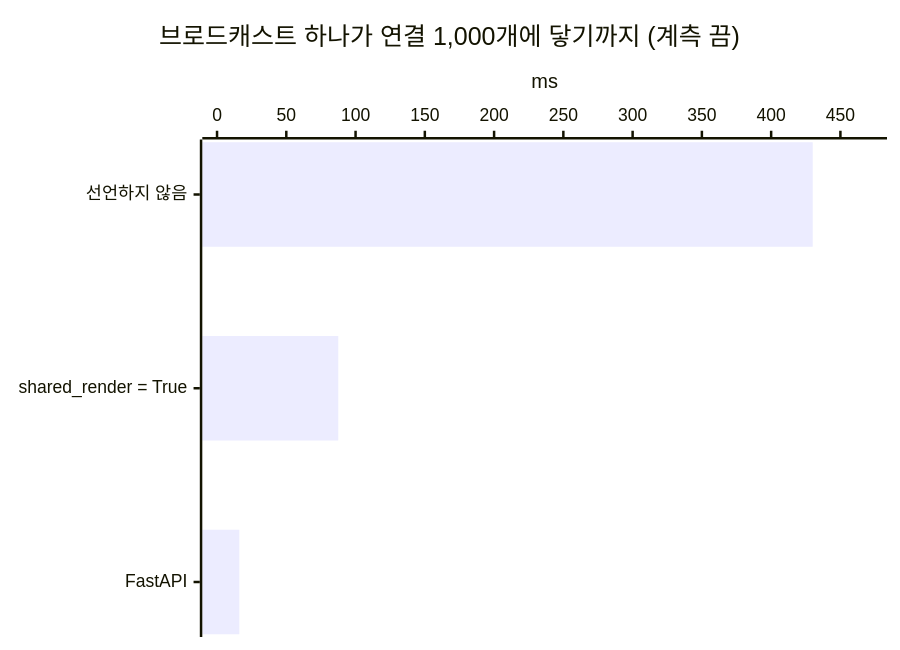
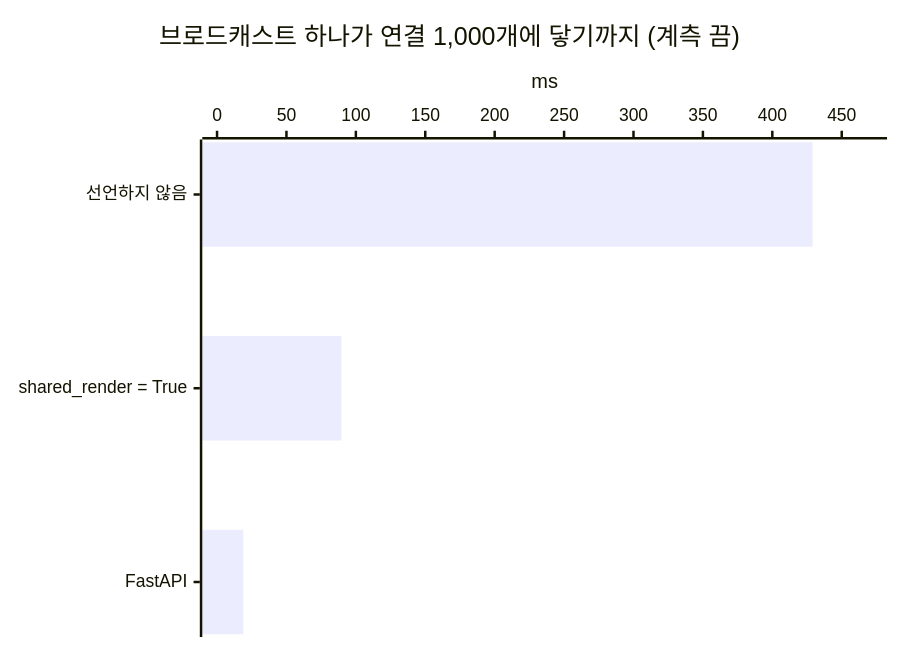
The diagram in docs/PERFORMANCE.md (itda-work/django-wireview), drawn with Mermaid before and after one commit. The commit also changed other lines of this file and 5 other files, not shown here.

````diff
--- a/docs/PERFORMANCE.md
+++ b/docs/PERFORMANCE.md
@@ -384,7 +384,7 @@
 ```mermaid
 xychart-beta horizontal
     title "브로드캐스트 하나가 연결 1,000개에 닿기까지 (계측 끔)"
     x-axis ["선언하지 않음", "shared_render = True", "FastAPI"]
-    y-axis "ms" 0 --> 473
-    bar [430.0, 87.5, 16.1]
+    y-axis "ms" 0 --> 472
+    bar [429.0, 89.6, 18.9]
 ```
````
